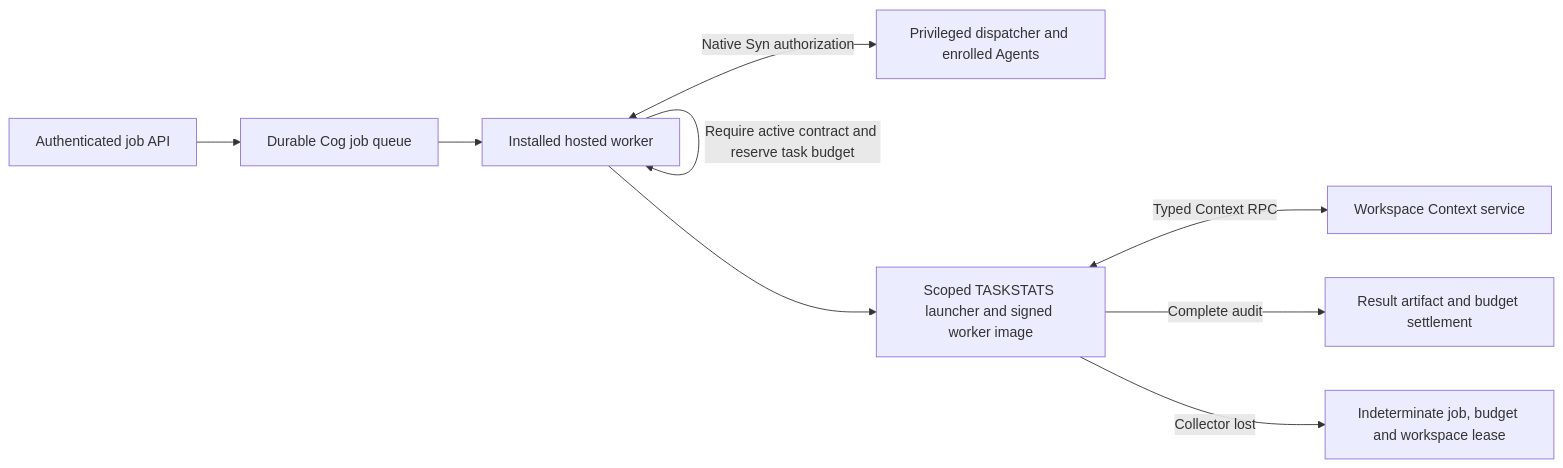
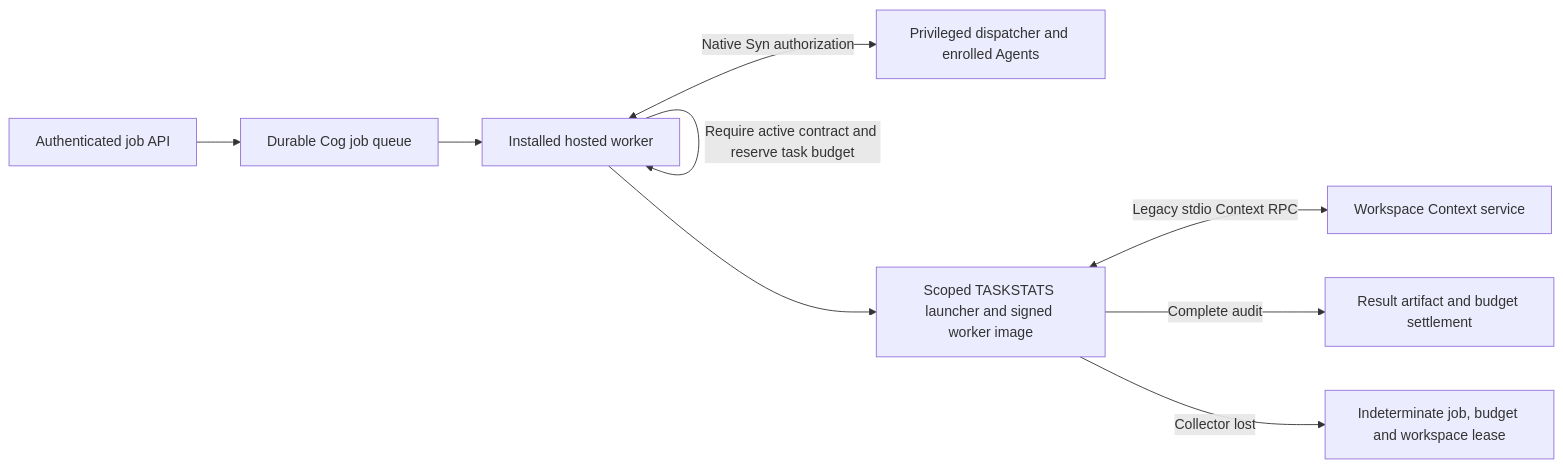
The tenth of 10 diagrams in docs/implementation/self-contained-installer-plan.md (kieransimkin/potbot), drawn with Mermaid before and after one commit. The commit also changed other lines of this file and 9 other files, not shown here.

````diff
--- a/docs/implementation/self-contained-installer-plan.md
+++ b/docs/implementation/self-contained-installer-plan.md
@@ -594,11 +596,11 @@
 ```mermaid
 flowchart LR
     A[Authenticated job API] --> Q[Durable Cog job queue]
     Q --> H[Installed hosted worker]
     H -->|Require active contract and reserve task budget| H
     H <-->|Native Syn authorization| N[Privileged dispatcher and enrolled Agents]
     H --> S[Scoped TASKSTATS launcher and signed worker image]
-    S <-->|Typed Context RPC| C[Workspace Context service]
+    S <-->|Legacy stdio Context RPC| C[Workspace Context service]
     S -->|Complete audit| R[Result artifact and budget settlement]
     S -->|Collector lost| F[Indeterminate job, budget and workspace lease]
 ```
````
